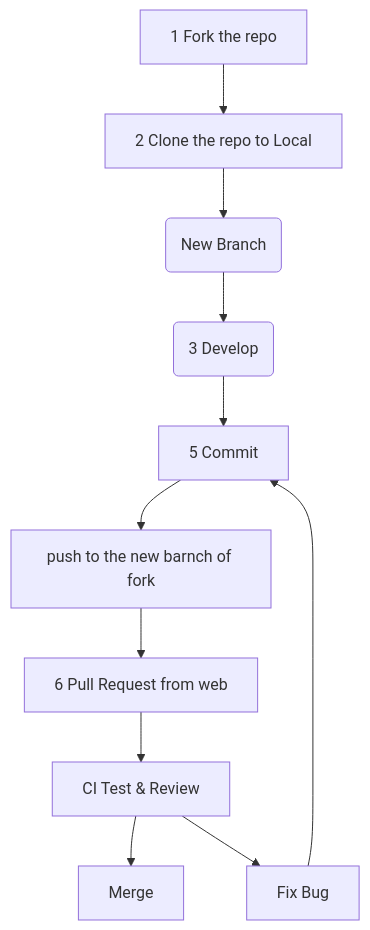
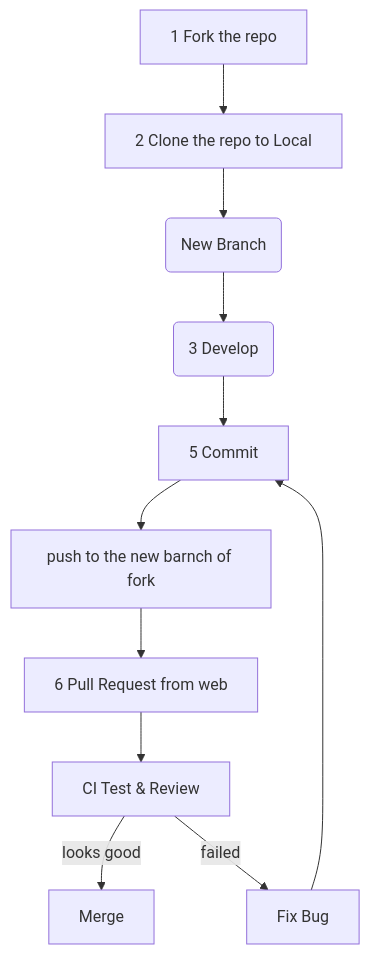
The diagram in docs/0301_Tools_Github_PullRequests.md (junxnone/xwiki), drawn with Mermaid before and after one commit. The commit also changed other lines of this file and 1 other file, not shown here.

Commit message:
Add new comment

````diff
--- a/docs/0301_Tools_Github_PullRequests.md
+++ b/docs/0301_Tools_Github_PullRequests.md
@@ -11,13 +10,13 @@
 ``` mermaid
 flowchart TD
     A[1 Fork the repo] -->B[2 Clone the repo to Local]
     B --> B1(New Branch)
     B1 --> C(3 Develop)
     C --> E[5 Commit]
     E --> E1[push to the new barnch of fork]
     E1 --> F[6 Pull Request from web]
     F --> F1[CI Test & Review]
-    F1 --> F2[Merge]
-    F1 --> N[Fix Bug]
+    F1 -->|looks good| F2[Merge]
+    F1 -->|failed| N[Fix Bug]
     N --> E
 ```
````
